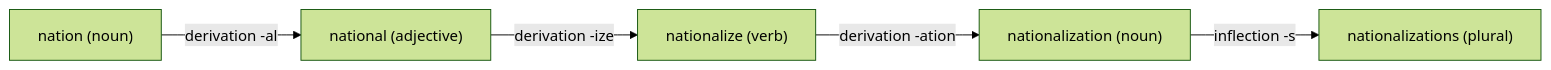
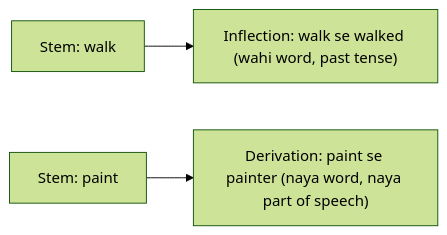
Before and after one commit to TrendySloth1001/sem-seven-notes: the diagram in content/natural-language-processing/pyq/2025-05/q2b.hi.mdx, drawn with Mermaid (forest theme). The commit also changed other lines of this file and 406 other files, not shown here.

````diff
--- a/content/natural-language-processing/pyq/2025-05/q2b.hi.mdx
+++ b/content/natural-language-processing/pyq/2025-05/q2b.hi.mdx
@@ -21,8 +23,6 @@
 ```mermaid
-%% caption: Ek stem order mein banta hai. Derivation pehle (andar), inflection last (bahar).
+%% caption: Inflection aur derivation ki tulna. Inflection mein word wahi rehta hai; derivation naya word banati hai.
 flowchart LR
-  A["nation (noun)"] -->|"derivation -al"| B["national (adjective)"]
-  B -->|"derivation -ize"| C["nationalize (verb)"]
-  C -->|"derivation -ation"| D["nationalization (noun)"]
-  D -->|"inflection -s"| E["nationalizations (plural)"]
+  A["Stem: walk"] --> B["Inflection: walk se walked (wahi word, past tense)"]
+  C["Stem: paint"] --> D["Derivation: paint se painter (naya word, naya part of speech)"]
 ```
````
